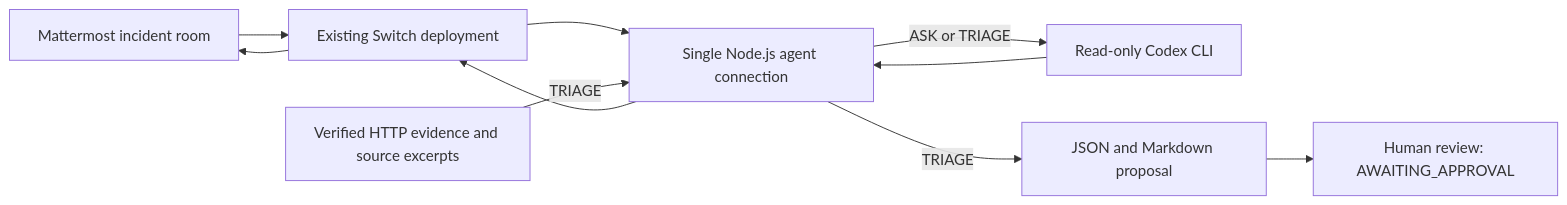
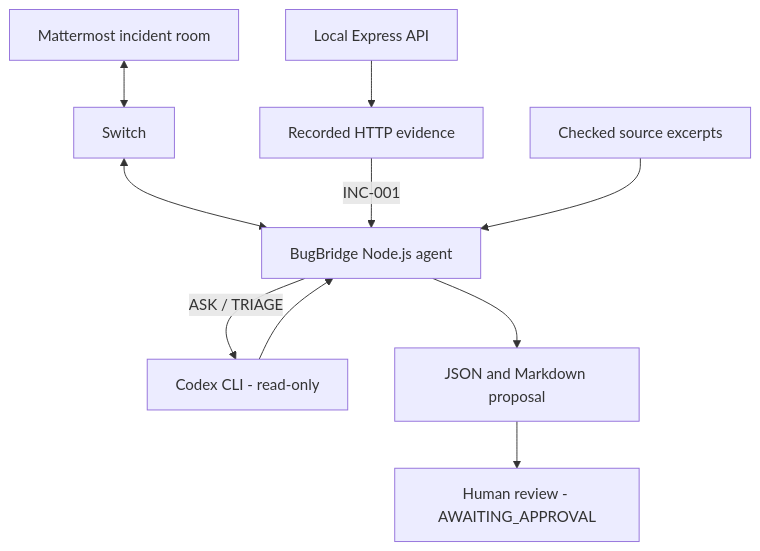
One commit to dharamdan01/BugBridge changed the diagram in README.md. Above: the diagram before and after it, drawn with Mermaid. The commit also changed other lines of this file, not shown here.

````diff
--- a/README.md
+++ b/README.md
@@ -39,12 +29,12 @@
 ```mermaid
-flowchart LR
-  MM["Mattermost incident room"] --> SW["Existing Switch deployment"]
-  SW --> AG["Single Node.js agent connection"]
-  AG -->|ASK or TRIAGE| CX["Read-only Codex CLI"]
-  CX --> AG
-  EV["Verified HTTP evidence and source excerpts"] -->|TRIAGE| AG
-  AG -->|TRIAGE| RP["JSON and Markdown proposal"]
-  AG --> SW
-  SW --> MM
-  RP --> HR["Human review: AWAITING_APPROVAL"]
+flowchart TD
+    MM["Mattermost incident room"] <--> SW["Switch"]
+    SW <--> AG["BugBridge Node.js agent"]
+    AG -->|ASK / TRIAGE| CX["Codex CLI - read-only"]
+    CX --> AG
+    API["Local Express API"] --> EV["Recorded HTTP evidence"]
+    EV -->|INC-001| AG
+    SRC["Checked source excerpts"] --> AG
+    AG --> RP["JSON and Markdown proposal"]
+    RP --> HR["Human review - AWAITING_APPROVAL"]
 ```
````
